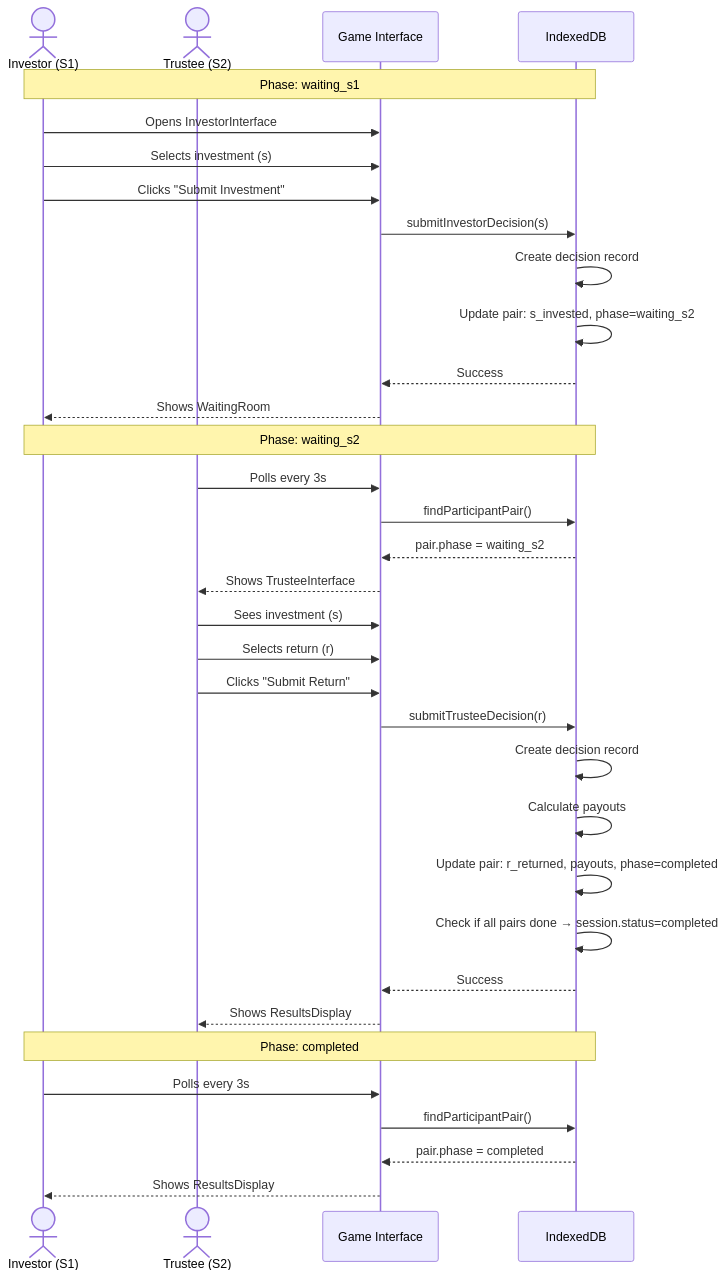
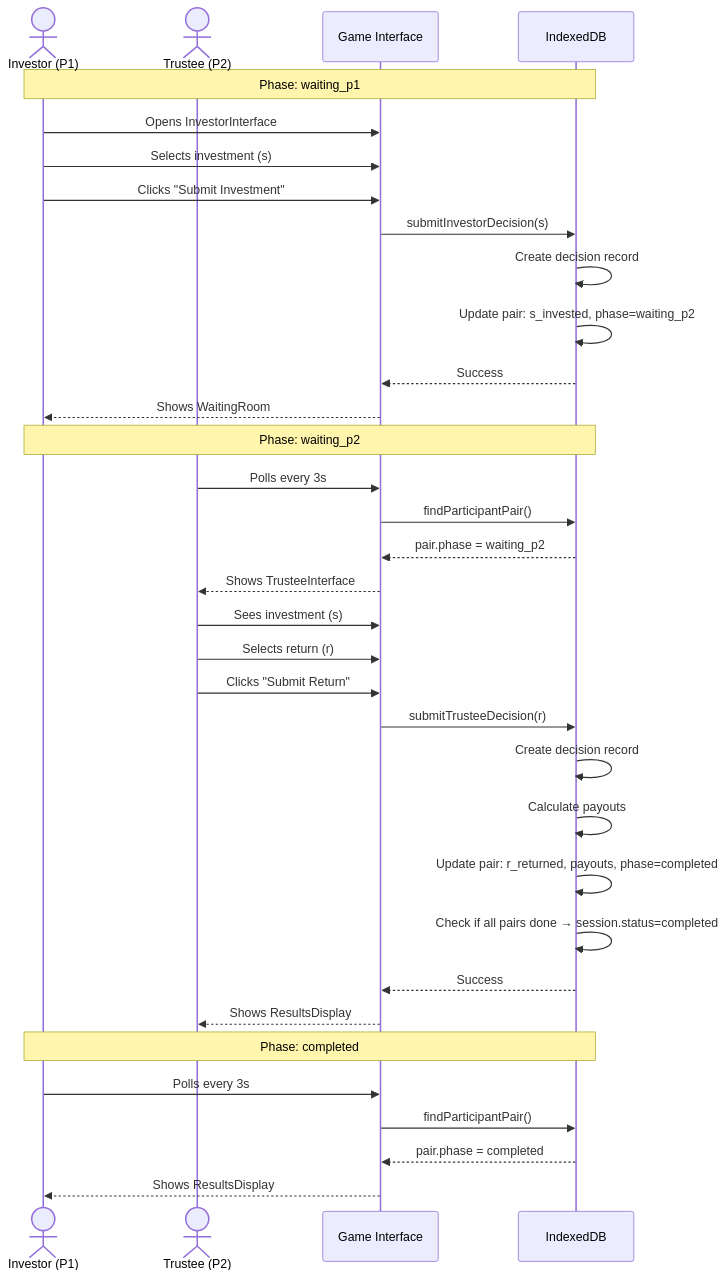
The fifth of 11 diagrams in docs/reference-docs/data-architecture.md (Open-Science-Blockchain-Economics/bx-hive), drawn with Mermaid before and after one commit. The commit also changed other lines of this file and 2 other files, not shown here.

````diff
--- a/docs/reference-docs/data-architecture.md
+++ b/docs/reference-docs/data-architecture.md
@@ -404,43 +404,43 @@
 ```mermaid
 sequenceDiagram
-    actor S1 as Investor (S1)
-    actor S2 as Trustee (S2)
+    actor P1 as Investor (P1)
+    actor P2 as Trustee (P2)
     participant UI as Game Interface
     participant DB as IndexedDB
 
-    Note over S1,DB: Phase: waiting_s1
+    Note over P1,DB: Phase: waiting_p1
 
-    S1->>UI: Opens InvestorInterface
-    S1->>UI: Selects investment (s)
-    S1->>UI: Clicks "Submit Investment"
+    P1->>UI: Opens InvestorInterface
+    P1->>UI: Selects investment (s)
+    P1->>UI: Clicks "Submit Investment"
     UI->>DB: submitInvestorDecision(s)
     DB->>DB: Create decision record
-    DB->>DB: Update pair: s_invested, phase=waiting_s2
+    DB->>DB: Update pair: s_invested, phase=waiting_p2
     DB-->>UI: Success
-    UI-->>S1: Shows WaitingRoom
+    UI-->>P1: Shows WaitingRoom
 
-    Note over S1,DB: Phase: waiting_s2
+    Note over P1,DB: Phase: waiting_p2
 
-    S2->>UI: Polls every 3s
+    P2->>UI: Polls every 3s
     UI->>DB: findParticipantPair()
-    DB-->>UI: pair.phase = waiting_s2
-    UI-->>S2: Shows TrusteeInterface
+    DB-->>UI: pair.phase = waiting_p2
+    UI-->>P2: Shows TrusteeInterface
 
-    S2->>UI: Sees investment (s)
-    S2->>UI: Selects return (r)
-    S2->>UI: Clicks "Submit Return"
+    P2->>UI: Sees investment (s)
+    P2->>UI: Selects return (r)
+    P2->>UI: Clicks "Submit Return"
     UI->>DB: submitTrusteeDecision(r)
     DB->>DB: Create decision record
     DB->>DB: Calculate payouts
     DB->>DB: Update pair: r_returned, payouts, phase=completed
     DB->>DB: Check if all pairs done → session.status=completed
     DB-->>UI: Success
-    UI-->>S2: Shows ResultsDisplay
+    UI-->>P2: Shows ResultsDisplay
 
-    Note over S1,DB: Phase: completed
+    Note over P1,DB: Phase: completed
 
-    S1->>UI: Polls every 3s
+    P1->>UI: Polls every 3s
     UI->>DB: findParticipantPair()
     DB-->>UI: pair.phase = completed
-    UI-->>S1: Shows ResultsDisplay
+    UI-->>P1: Shows ResultsDisplay
 ```
````
